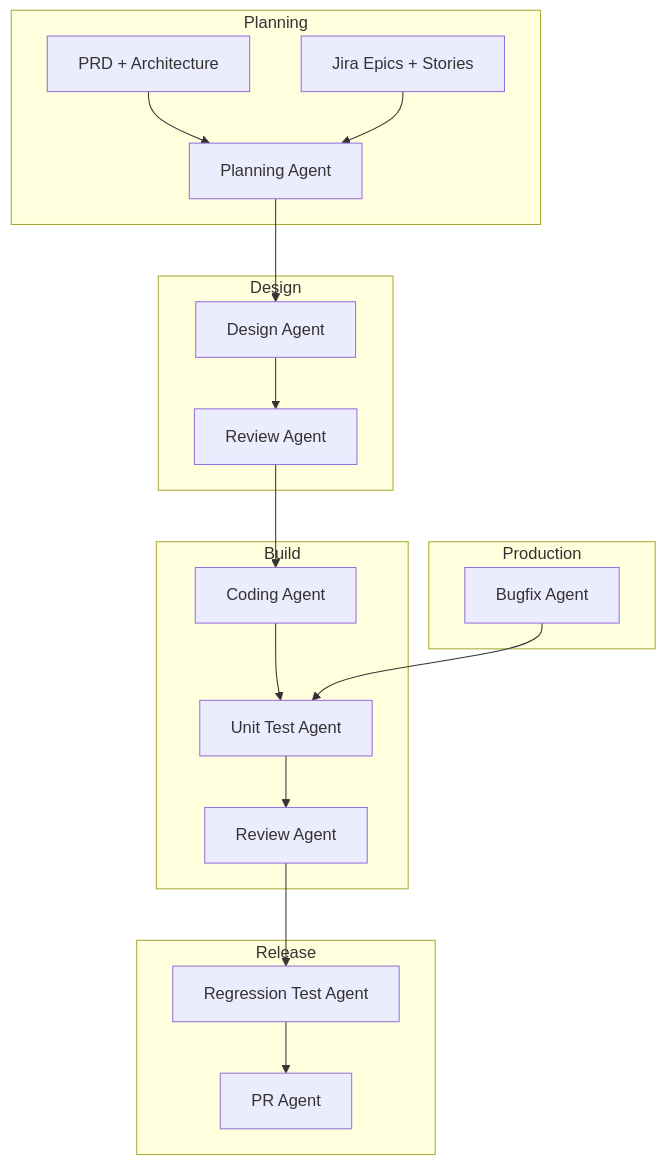
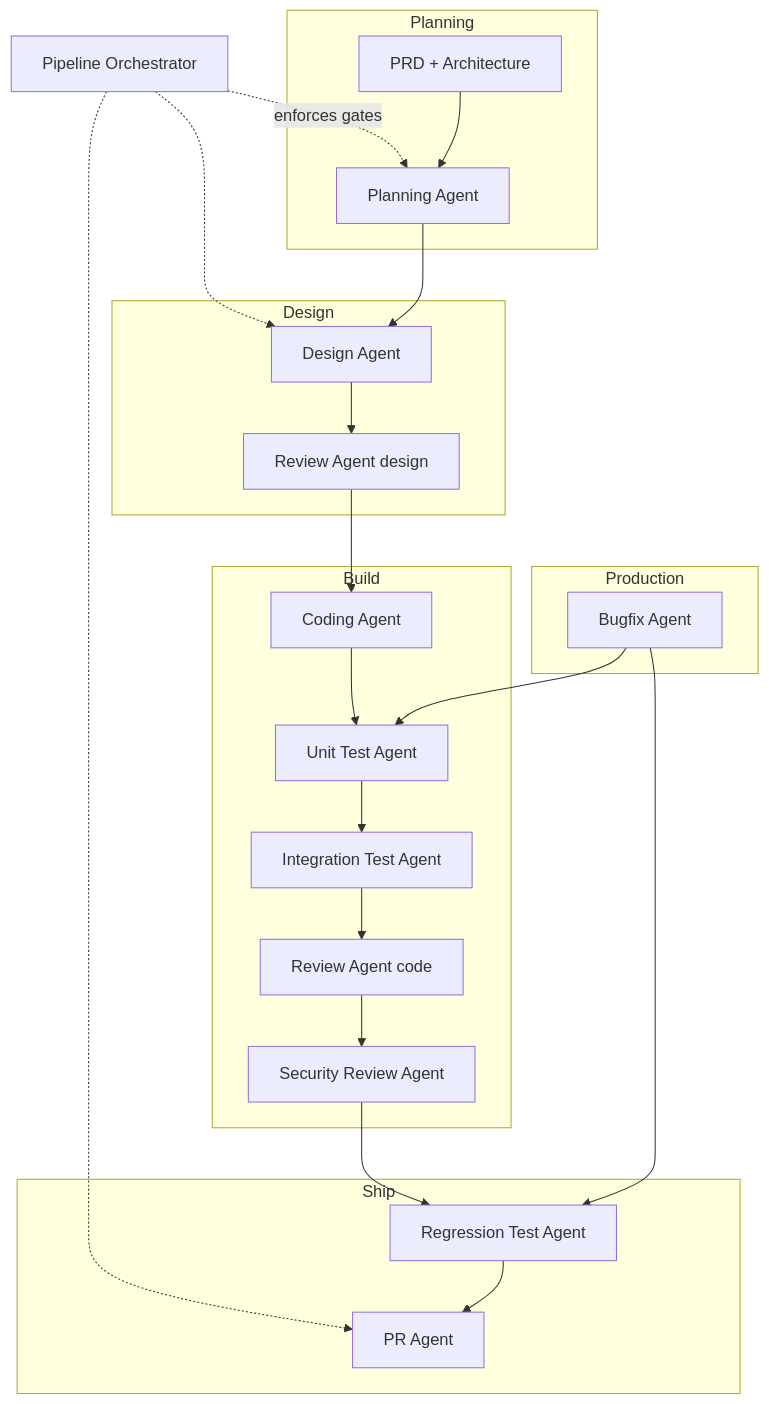
The diagram in .cursor/skills/README.md (cpattanaik/agents), drawn with Mermaid before and after one commit. The commit also changed other lines of this file and 24 other files, not shown here.

First line of the commit message:
Unify agent pipeline around project-config, wiki-first gates, and CI.

````diff
--- a/.cursor/skills/README.md
+++ b/.cursor/skills/README.md
@@ -9,35 +30,41 @@
 ```mermaid
 flowchart TB
     subgraph plan [Planning]
         PRD[PRD + Architecture]
-        JiraPlan[Jira Epics + Stories]
         PlanningAgent[Planning Agent]
     end
     subgraph design [Design]
         DesignAgent[Design Agent]
-        DesignReview[Review Agent]
+        DesignReview[Review Agent design]
     end
     subgraph build [Build]
         CodingAgent[Coding Agent]
         UnitTest[Unit Test Agent]
-        CodeReview[Review Agent]
+        IntTest[Integration Test Agent]
+        CodeReview[Review Agent code]
+        Security[Security Review Agent]
     end
-    subgraph release [Release]
+    subgraph ship [Ship]
         Regression[Regression Test Agent]
         PRAgent[PR Agent]
     end
     subgraph prod [Production]
         Bugfix[Bugfix Agent]
     end
+    Orchestrator[Pipeline Orchestrator] -.->|enforces gates| PlanningAgent
+    Orchestrator -.-> DesignAgent
+    Orchestrator -.-> PRAgent
 
     PRD --> PlanningAgent
-    JiraPlan --> PlanningAgent
     PlanningAgent --> DesignAgent
     DesignAgent --> DesignReview
     DesignReview --> CodingAgent
     CodingAgent --> UnitTest
-    UnitTest --> CodeReview
-    CodeReview --> Regression
+    UnitTest --> IntTest
+    IntTest --> CodeReview
+    CodeReview --> Security
+    Security --> Regression
     Regression --> PRAgent
     Bugfix --> UnitTest
+    Bugfix --> Regression
 ```
````
